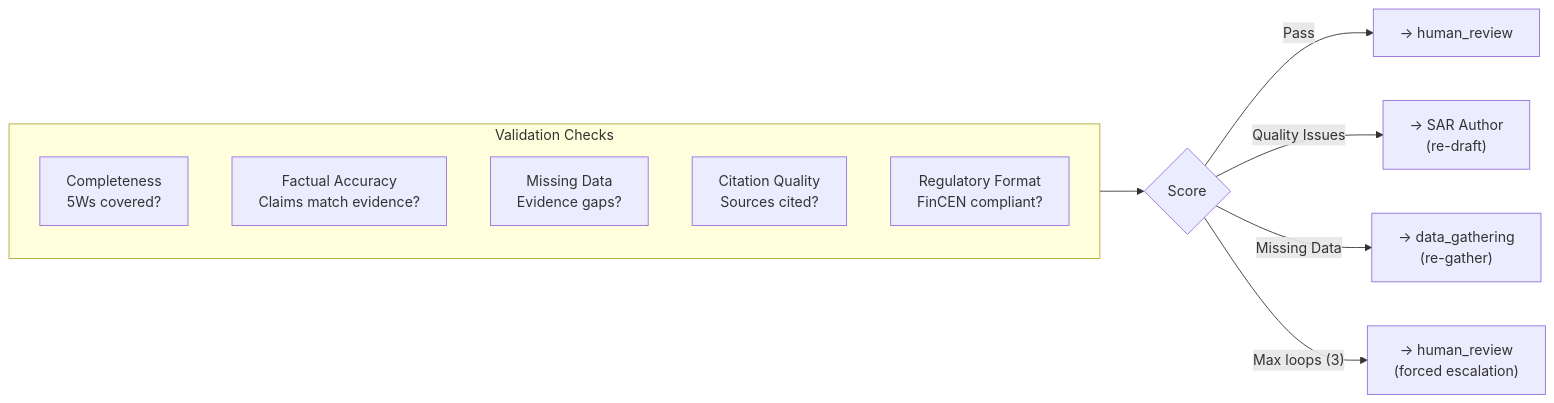
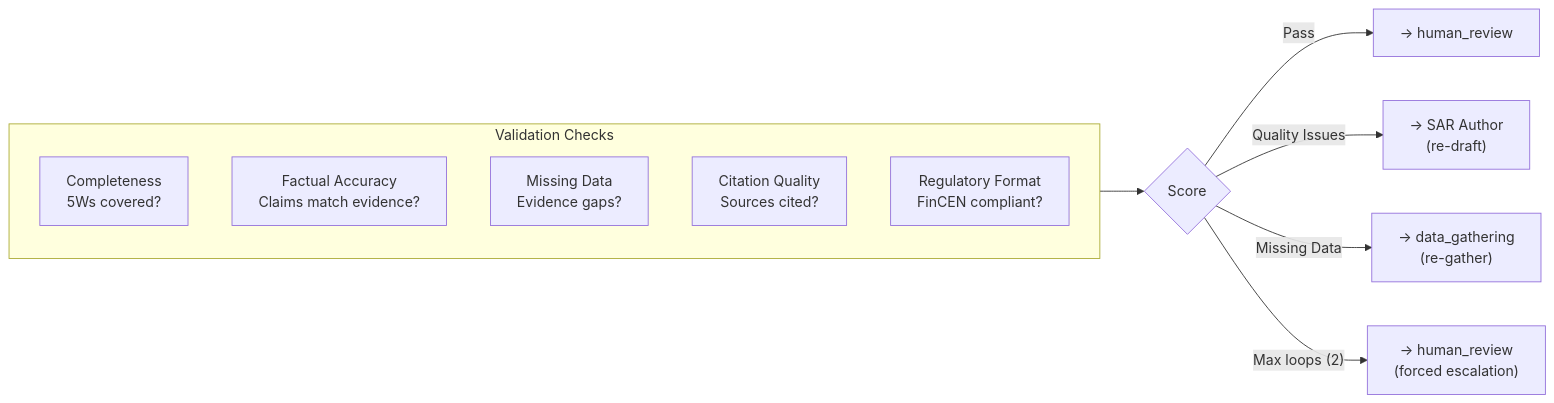
One commit to mongodb-industry-solutions/fsi-aml-fraud-detection changed the seventh of 19 diagrams in docs/AGENTIC_INVESTIGATION_PIPELINE.md. Above: the diagram before and after it, drawn with Mermaid. The commit also changed other lines of this file and 17 other files, not shown here.

````diff
--- a/docs/AGENTIC_INVESTIGATION_PIPELINE.md
+++ b/docs/AGENTIC_INVESTIGATION_PIPELINE.md
@@ -515,17 +515,17 @@
 ```mermaid
 flowchart LR
     subgraph Checks["Validation Checks"]
         C1["Completeness<br/>5Ws covered?"]
         C2["Factual Accuracy<br/>Claims match evidence?"]
         C3["Missing Data<br/>Evidence gaps?"]
         C4["Citation Quality<br/>Sources cited?"]
         C5["Regulatory Format<br/>FinCEN compliant?"]
     end
 
     Checks --> Decision{Score}
 
     Decision -->|"Pass"| HR["→ human_review"]
     Decision -->|"Quality Issues"| NR["→ SAR Author<br/>(re-draft)"]
     Decision -->|"Missing Data"| DG["→ data_gathering<br/>(re-gather)"]
-    Decision -->|"Max loops (3)"| FE["→ human_review<br/>(forced escalation)"]
+    Decision -->|"Max loops (2)"| FE["→ human_review<br/>(forced escalation)"]
 ```
````
